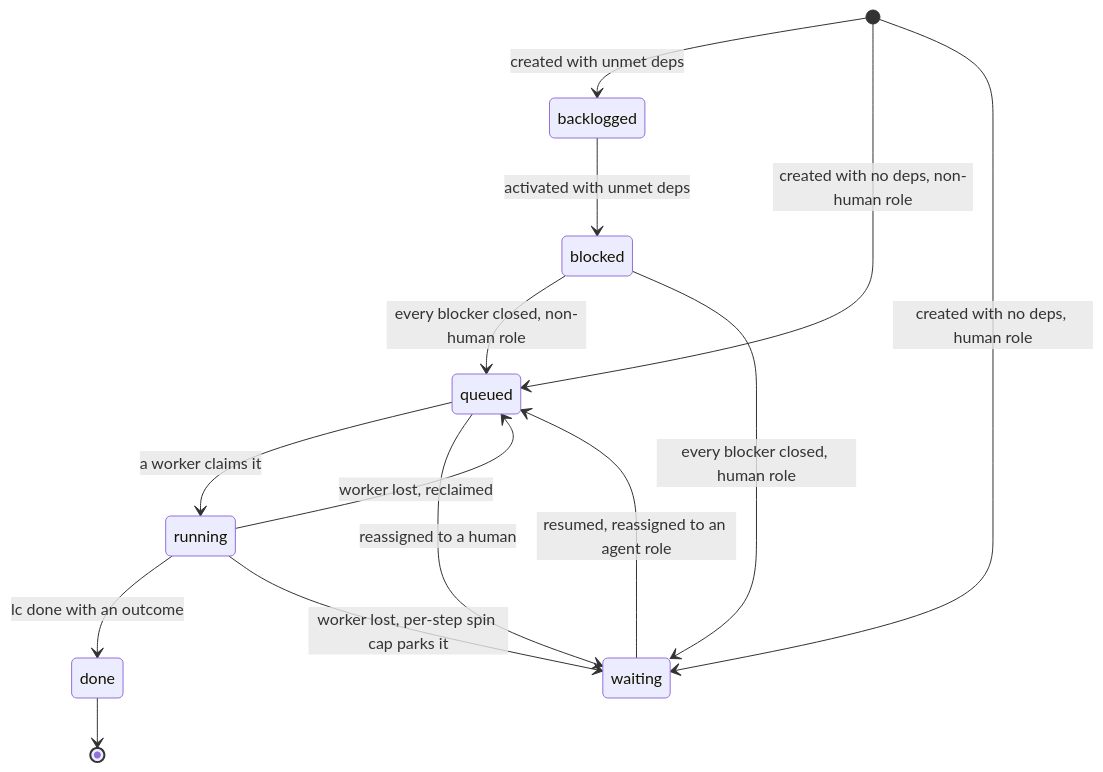
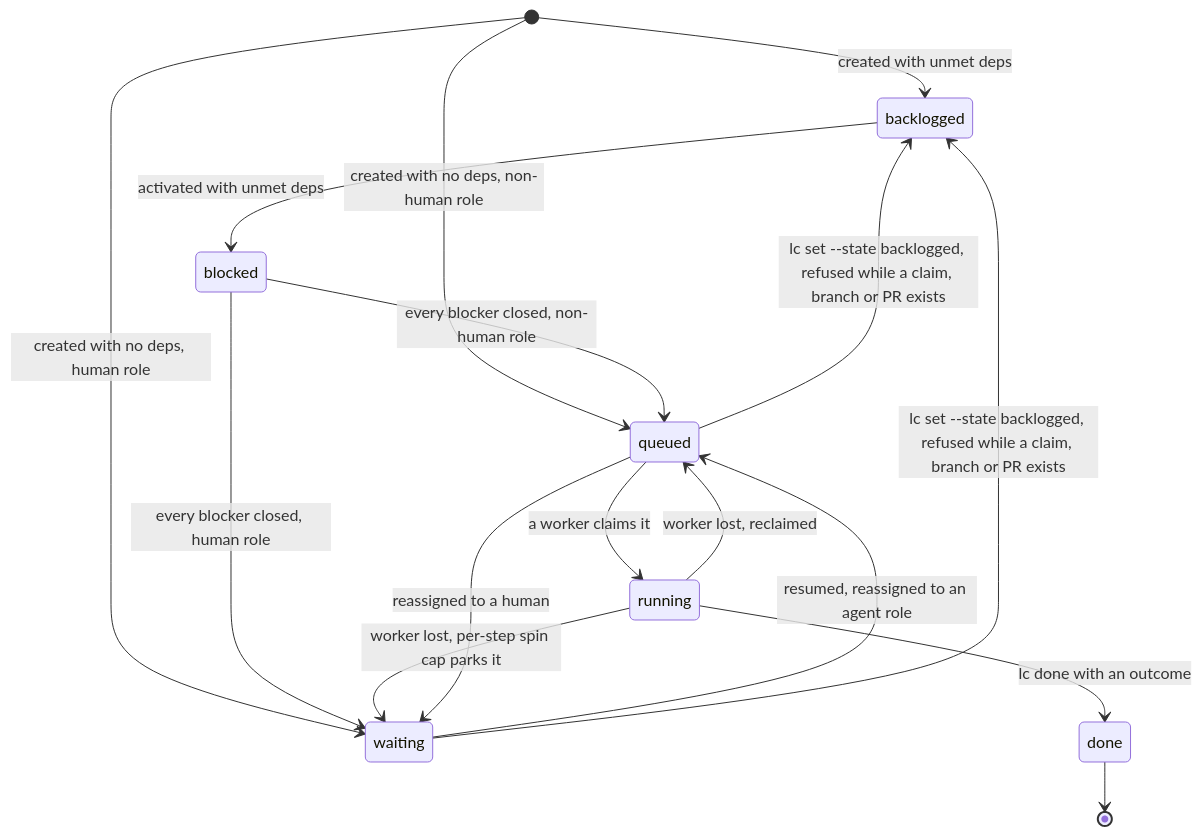
One commit to kenmclennan/lightcycle changed the diagram in docs/state-lifecycle.md. Above: the diagram before and after it, drawn with Mermaid. The commit also changed 10 other files, not shown here.

First line of the commit message:
feat(cli): add lc set --state backlogged, refused while work is in flight

````diff
--- a/docs/state-lifecycle.md
+++ b/docs/state-lifecycle.md
@@ -5,16 +5,18 @@
 ```mermaid
 stateDiagram-v2
   [*] --> backlogged: created with unmet deps
   [*] --> queued: created with no deps, non-human role
   [*] --> waiting: created with no deps, human role
   backlogged --> blocked: activated with unmet deps
   blocked --> queued: every blocker closed, non-human role
   blocked --> waiting: every blocker closed, human role
   queued --> running: a worker claims it
   running --> done: lc done with an outcome
   running --> queued: worker lost, reclaimed
   running --> waiting: worker lost, per-step spin cap parks it
   queued --> waiting: reassigned to a human
   waiting --> queued: resumed, reassigned to an agent role
+  queued --> backlogged: lc set --state backlogged, refused while a claim, branch or PR exists
+  waiting --> backlogged: lc set --state backlogged, refused while a claim, branch or PR exists
   done --> [*]
 ```
````
